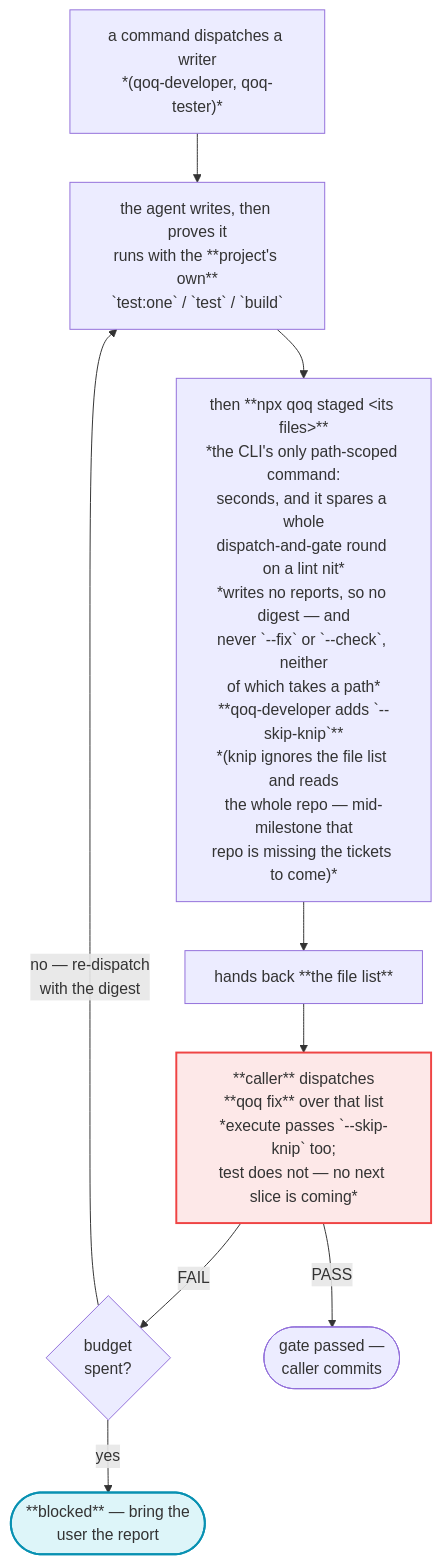
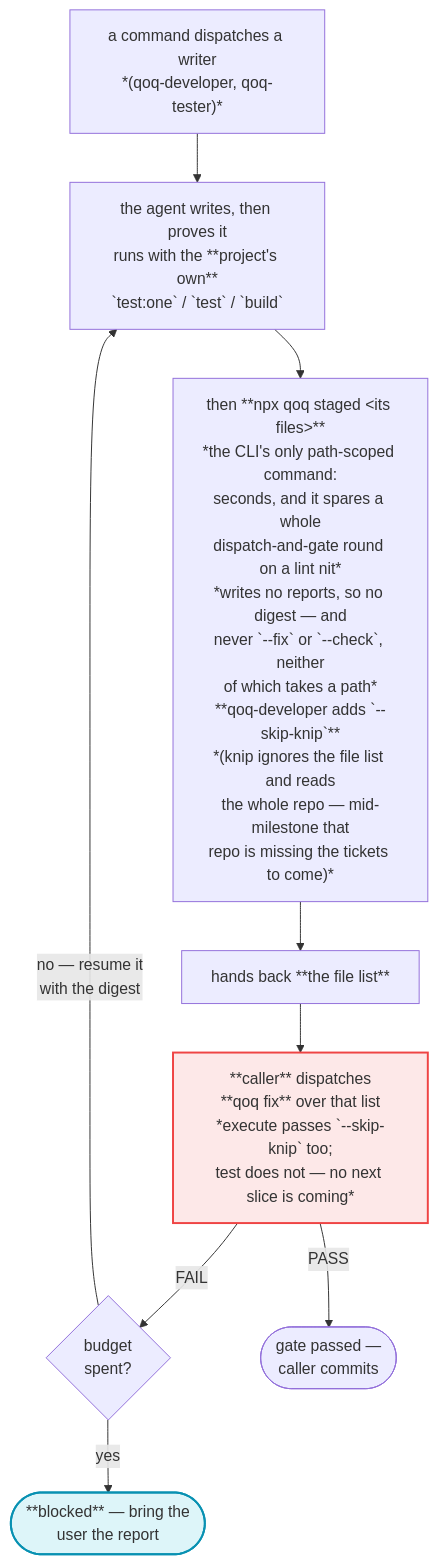
Before and after one commit to ladamczyk-it/qoq: the third of 14 diagrams in docs/qoq-workflows.md, drawn with Mermaid. The commit also changed other lines of this file and 7 other files, not shown here.

````diff
--- a/docs/qoq-workflows.md
+++ b/docs/qoq-workflows.md
@@ -191,17 +191,17 @@
 ```mermaid
 flowchart TD
     G0["a command dispatches a writer<br/>*(qoq-developer, qoq-tester)*"]
     G0 --> G1["the agent writes, then proves it<br/>runs with the **project's own**<br/>`test:one` / `test` / `build`"]
     G1 --> G1B["then **npx qoq staged &lt;its files&gt;**<br/>*the CLI's only path-scoped command:<br/>seconds, and it spares a whole<br/>dispatch-and-gate round on a lint nit*<br/>*writes no reports, so no digest — and<br/>never `--fix` or `--check`, neither<br/>of which takes a path*<br/>**qoq-developer adds `--skip-knip`**<br/>*(knip ignores the file list and reads<br/>the whole repo — mid-milestone that<br/>repo is missing the tickets to come)*"]
     G1B --> G2["hands back **the file list**"]
     G2 --> G3["**caller** dispatches<br/>**qoq fix** over that list<br/>*execute passes `--skip-knip` too;<br/>test does not — no next slice is coming*"]
     G3 -->|FAIL| G4{"budget<br/>spent?"}
-    G4 -->|"no — re-dispatch<br/>with the digest"| G1
+    G4 -->|"no — resume it<br/>with the digest"| G1
     G4 -->|yes| G5(["**blocked** — bring the<br/>user the report"])
     G3 -->|PASS| G6(["gate passed —<br/>caller commits"])
 
     classDef user fill:#06b6d422,stroke:#0891b2,stroke-width:2px
     classDef skill fill:#ef44441f,stroke:#ef4444,stroke-width:2px
     class G5 user
     class G3 skill
 ```
````
